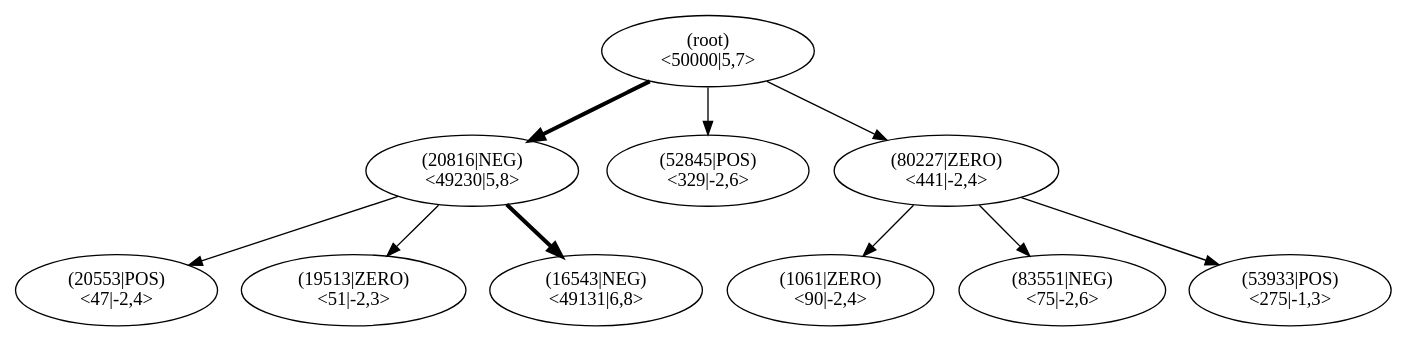
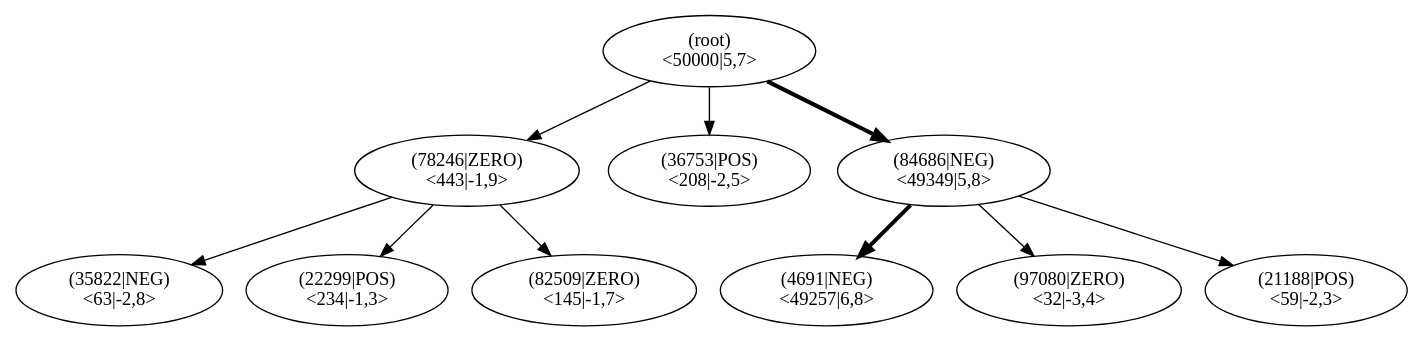
Before and after one commit to JonasHellgren/relexp-java: the diagram in pictures/ch13/lane_test_mcts.dot, drawn with Graphviz. The commit also changed 39 other files, not shown here.

```diff
--- a/pictures/ch13/lane_test_mcts.dot
+++ b/pictures/ch13/lane_test_mcts.dot
@@ -1,32 +1,32 @@
 digraph MCTS {
 node [shape=ellipse];
 Nroot [label="(root)
 <50000|5,7>"];
-Nroot -> N20816[penwidth=3];
-N20816 [label="(20816|NEG)
-<49230|5,8>"];
-N20816 -> N20553[penwidth=1];
-N20553 [label="(20553|POS)
-<47|-2,4>"];
-N20816 -> N19513[penwidth=1];
-N19513 [label="(19513|ZERO)
-<51|-2,3>"];
-N20816 -> N16543[penwidth=3];
-N16543 [label="(16543|NEG)
-<49131|6,8>"];
-Nroot -> N52845[penwidth=1];
-N52845 [label="(52845|POS)
-<329|-2,6>"];
-Nroot -> N80227[penwidth=1];
-N80227 [label="(80227|ZERO)
-<441|-2,4>"];
-N80227 -> N1061[penwidth=1];
-N1061 [label="(1061|ZERO)
-<90|-2,4>"];
-N80227 -> N83551[penwidth=1];
-N83551 [label="(83551|NEG)
-<75|-2,6>"];
-N80227 -> N53933[penwidth=1];
-N53933 [label="(53933|POS)
-<275|-1,3>"];
+Nroot -> N78246[penwidth=1];
+N78246 [label="(78246|ZERO)
+<443|-1,9>"];
+N78246 -> N35822[penwidth=1];
+N35822 [label="(35822|NEG)
+<63|-2,8>"];
+N78246 -> N22299[penwidth=1];
+N22299 [label="(22299|POS)
+<234|-1,3>"];
+N78246 -> N82509[penwidth=1];
+N82509 [label="(82509|ZERO)
+<145|-1,7>"];
+Nroot -> N36753[penwidth=1];
+N36753 [label="(36753|POS)
+<208|-2,5>"];
+Nroot -> N84686[penwidth=3];
+N84686 [label="(84686|NEG)
+<49349|5,8>"];
+N84686 -> N4691[penwidth=3];
+N4691 [label="(4691|NEG)
+<49257|6,8>"];
+N84686 -> N97080[penwidth=1];
+N97080 [label="(97080|ZERO)
+<32|-3,4>"];
+N84686 -> N21188[penwidth=1];
+N21188 [label="(21188|POS)
+<59|-2,3>"];
 }
```
